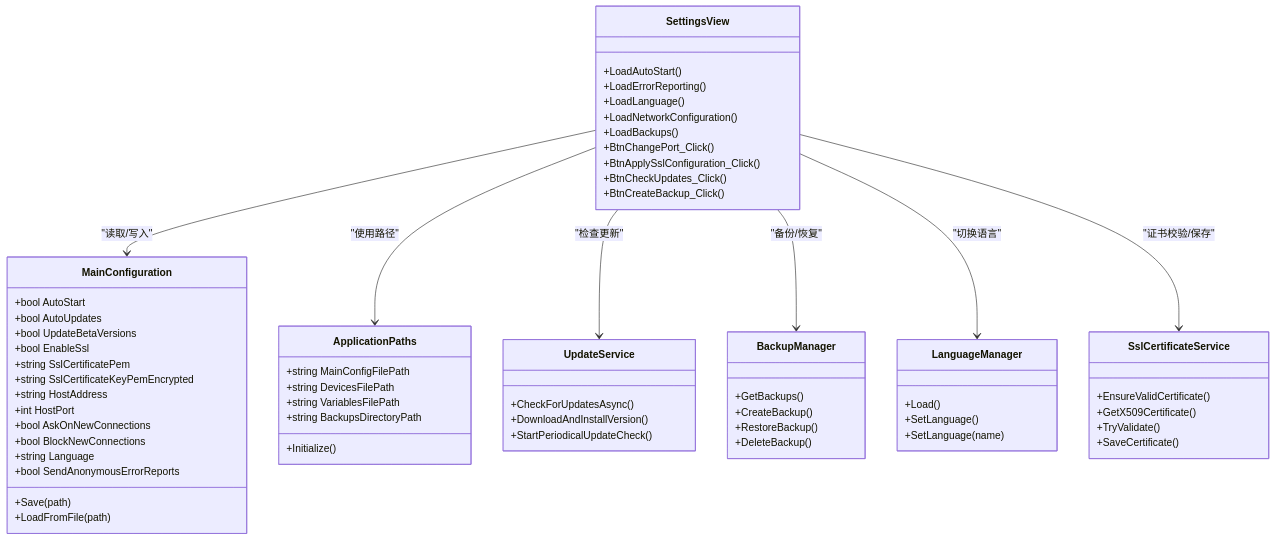
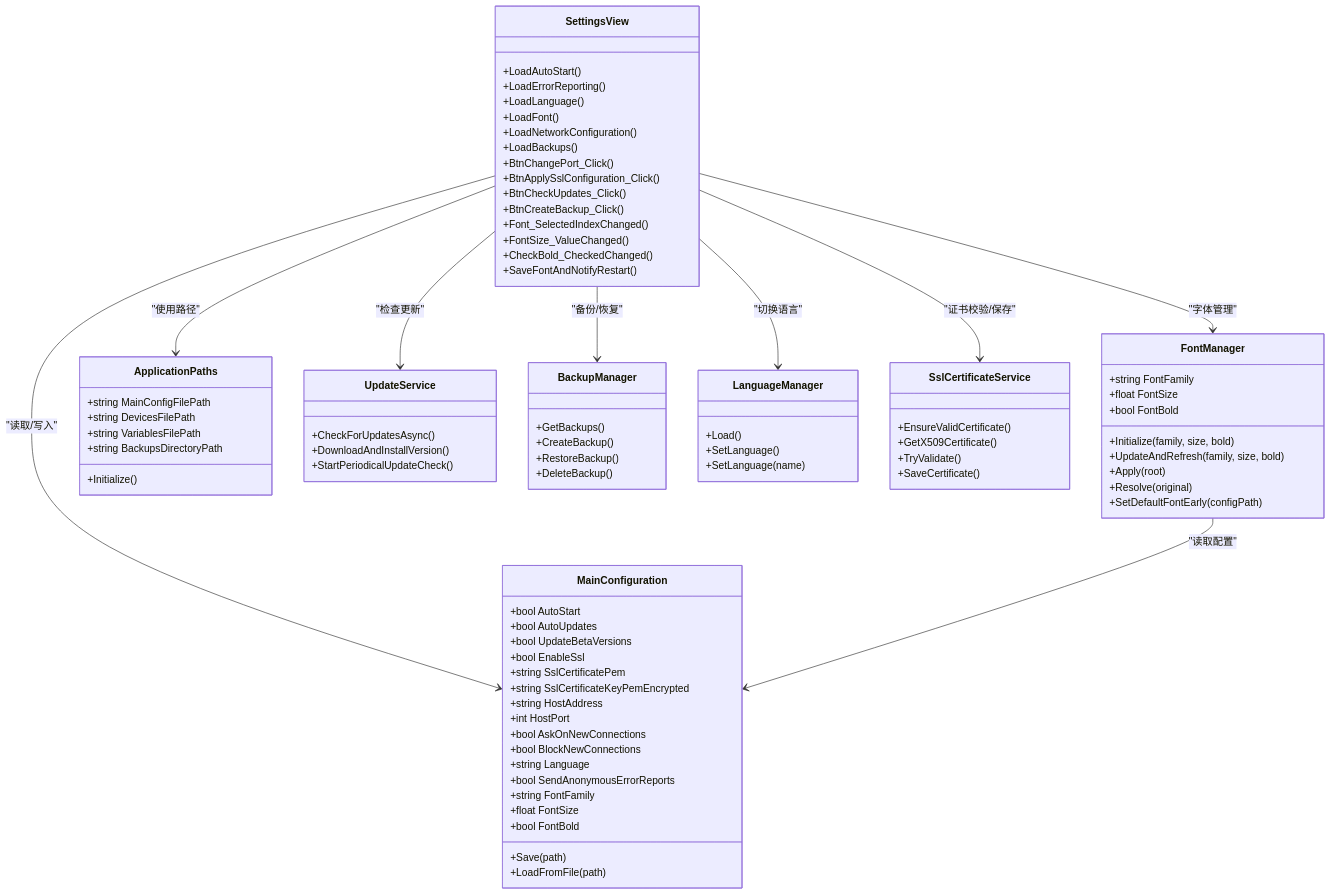
The sixth of 6 diagrams in .qoder/repowiki/zh/content/图形用户界面/视图管理系统/设置视图.md (tea4go/Macro-Deck), drawn with Mermaid before and after one commit. The commit also changed other lines of this file and 32 other files, not shown here.

````diff
--- a/.qoder/repowiki/zh/content/图形用户界面/视图管理系统/设置视图.md
+++ b/.qoder/repowiki/zh/content/图形用户界面/视图管理系统/设置视图.md
@@ -264,12 +287,17 @@
 +LoadAutoStart()
 +LoadErrorReporting()
 +LoadLanguage()
++LoadFont()
 +LoadNetworkConfiguration()
 +LoadBackups()
 +BtnChangePort_Click()
 +BtnApplySslConfiguration_Click()
 +BtnCheckUpdates_Click()
 +BtnCreateBackup_Click()
++Font_SelectedIndexChanged()
++FontSize_ValueChanged()
++CheckBold_CheckedChanged()
++SaveFontAndNotifyRestart()
 }
 class MainConfiguration {
 +bool AutoStart
@@ -284,8 +312,21 @@
 +bool BlockNewConnections
 +string Language
 +bool SendAnonymousErrorReports
++string FontFamily
++float FontSize
++bool FontBold
 +Save(path)
 +LoadFromFile(path)
+}
+class FontManager {
++string FontFamily
++float FontSize
++bool FontBold
++Initialize(family, size, bold)
++UpdateAndRefresh(family, size, bold)
++Apply(root)
++Resolve(original)
++SetDefaultFontEarly(configPath)
 }
 class ApplicationPaths {
 +string MainConfigFilePath
@@ -317,9 +358,11 @@
 +SaveCertificate()
 }
 SettingsView --> MainConfiguration : "读取/写入"
+SettingsView --> FontManager : "字体管理"
 SettingsView --> ApplicationPaths : "使用路径"
 SettingsView --> UpdateService : "检查更新"
 SettingsView --> BackupManager : "备份/恢复"
 SettingsView --> LanguageManager : "切换语言"
 SettingsView --> SslCertificateService : "证书校验/保存"
+FontManager --> MainConfiguration : "读取配置"
 ```
````
